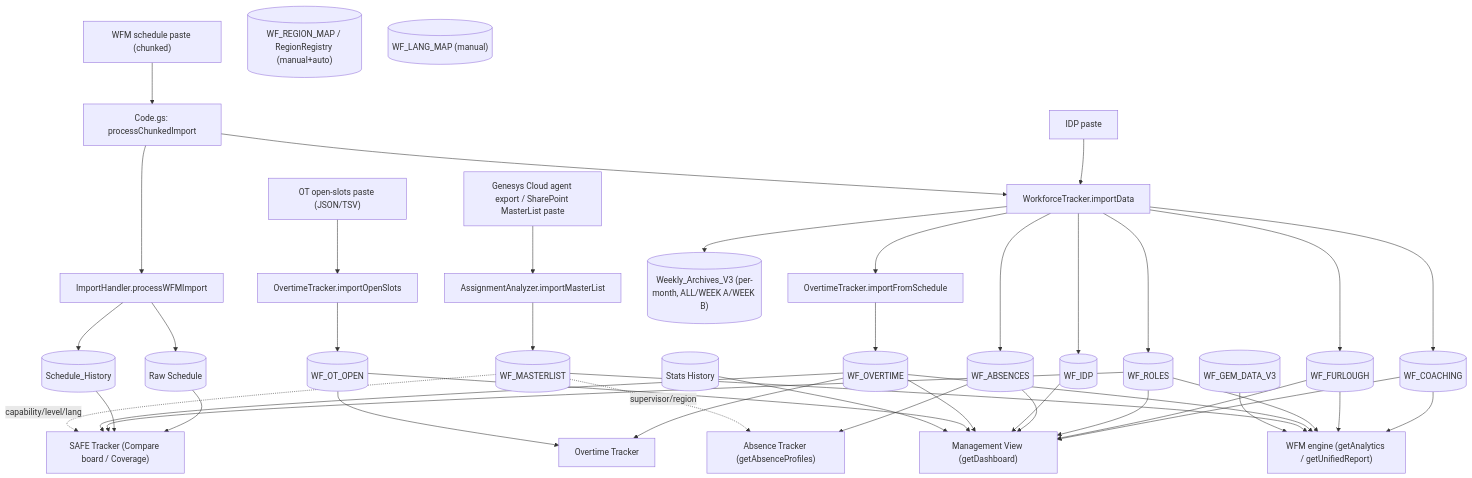
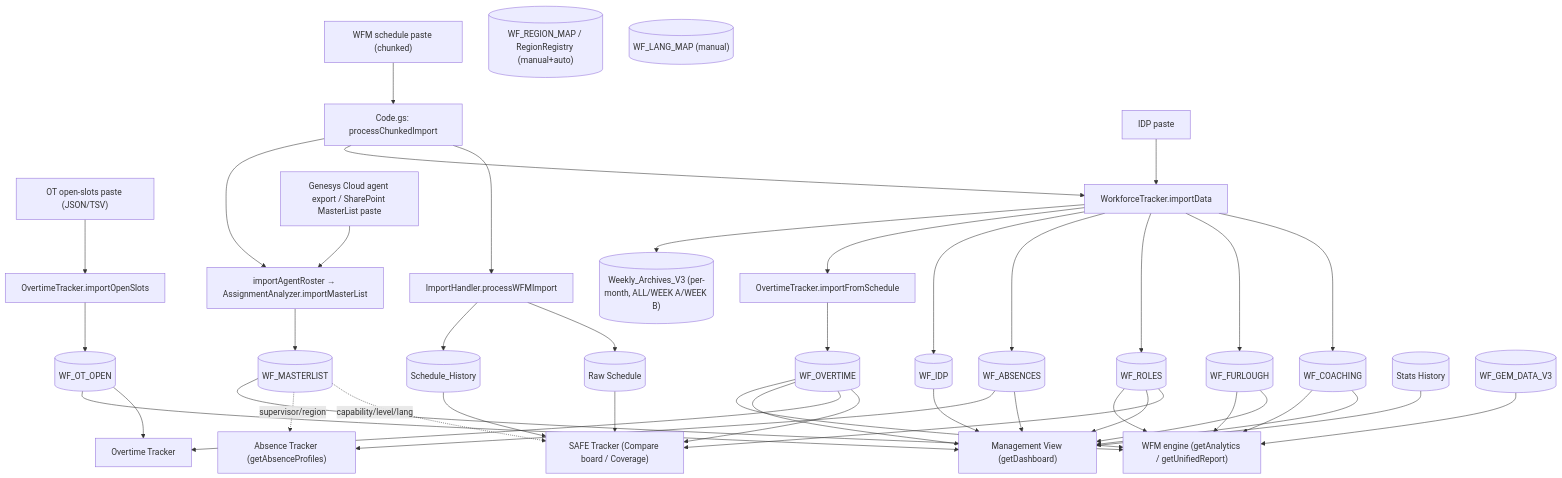
Before and after one commit to BreadBanana-T/MRC: the diagram in docs/DATA_FLOW.md, drawn with Mermaid. The commit also changed other lines of this file and 5 other files, not shown here.

````diff
--- a/docs/DATA_FLOW.md
+++ b/docs/DATA_FLOW.md
@@ -16,54 +16,55 @@
 ```mermaid
 flowchart TD
   PASTE["WFM schedule paste (chunked)"] --> PCI["Code.gs: processChunkedImport"]
   OTPASTE["OT open-slots paste (JSON/TSV)"] --> OTO_IMP["OvertimeTracker.importOpenSlots"]
   IDPPASTE["IDP paste"] --> WTI
 
   PCI --> IH["ImportHandler.processWFMImport"]
   PCI --> WTI["WorkforceTracker.importData"]
 
   IH --> RAW[("Raw Schedule")]
   IH --> HIST[("Schedule_History")]
 
   WTI --> COA[("WF_COACHING")]
   WTI --> FUR[("WF_FURLOUGH")]
   WTI --> ROL[("WF_ROLES")]
   WTI --> ABS[("WF_ABSENCES")]
   WTI --> IDP[("WF_IDP")]
   WTI --> OTI["OvertimeTracker.importFromSchedule"] --> OT[("WF_OVERTIME")]
   WTI --> ARCH[("Weekly_Archives_V3 (per-month, ALL/WEEK A/WEEK B)")]
   OTO_IMP --> OTOPEN[("WF_OT_OPEN")]
 
-  GENPASTE["Genesys Cloud agent export / SharePoint MasterList paste"] --> MLI["AssignmentAnalyzer.importMasterList"]
+  GENPASTE["Genesys Cloud agent export / SharePoint MasterList paste"] --> MLI["importAgentRoster → AssignmentAnalyzer.importMasterList"]
+  PCI --> MLI
   MLI --> MASTER[("WF_MASTERLIST")]
   REGMAP[("WF_REGION_MAP / RegionRegistry (manual+auto)")]
   LANG[("WF_LANG_MAP (manual)")]
 
   RAW --> SAFE["SAFE Tracker (Compare board / Coverage)"]
   HIST --> SAFE
   ROL --> SAFE
   OT --> SAFE
   MASTER -. capability/level/lang .-> SAFE
 
   OT --> OTT["Overtime Tracker"]
   OTOPEN --> OTT
 
   COA --> MGMT["Management View (getDashboard)"]
   FUR --> MGMT
   ROL --> MGMT
   ABS --> MGMT
   IDP --> MGMT
   OT --> MGMT
   OTOPEN --> MGMT
   STATS[("Stats History")] --> MGMT
 
   ABS --> ABST["Absence Tracker (getAbsenceProfiles)"]
   MASTER -. supervisor/region .-> ABST
 
   COA --> UNI["WFM engine (getAnalytics / getUnifiedReport)"]
   FUR --> UNI
   ROL --> UNI
   OT --> UNI
   MASTER --> UNI
   GEM[("WF_GEM_DATA_V3")] --> UNI
 ```
````
